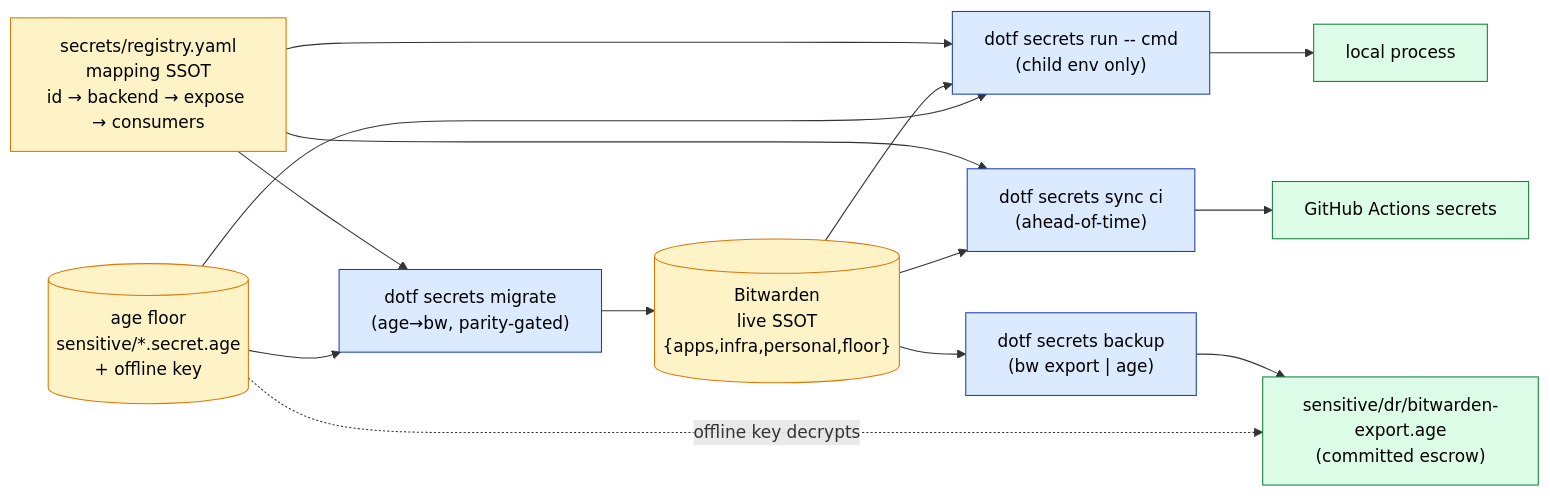
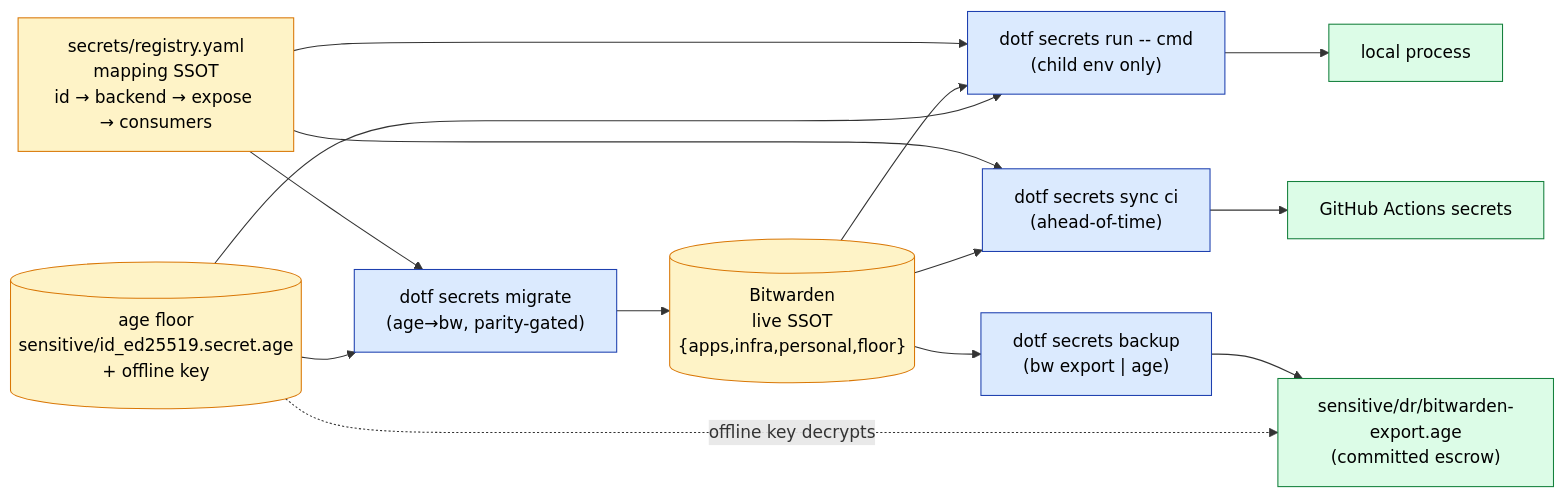
One commit to mlorentedev/dotfiles changed the diagram in docs/runbooks/guide-secrets-governance.md. Above: the diagram before and after it, drawn with Mermaid. The commit also changed other lines of this file and 10 other files, not shown here.

````diff
--- a/docs/runbooks/guide-secrets-governance.md
+++ b/docs/runbooks/guide-secrets-governance.md
@@ -16,27 +16,27 @@
 ```mermaid
 flowchart LR
     classDef store fill:#fef3c7,stroke:#d97706,color:#000
     classDef cmd fill:#dbeafe,stroke:#1e40af,color:#000
     classDef target fill:#dcfce7,stroke:#15803d,color:#000
 
     BW[("Bitwarden<br/>live SSOT<br/>{apps,infra,personal,floor}")]:::store
-    AGE[("age floor<br/>sensitive/*.secret.age<br/>+ offline key")]:::store
+    AGE[("age floor<br/>sensitive/id_ed25519.secret.age<br/>+ offline key")]:::store
     REG["secrets/registry.yaml<br/>mapping SSOT<br/>id → backend → expose → consumers"]:::store
 
     RUN["dotf secrets run -- cmd<br/>(child env only)"]:::cmd
     SYNC["dotf secrets sync ci<br/>(ahead-of-time)"]:::cmd
     MIG["dotf secrets migrate<br/>(age→bw, parity-gated)"]:::cmd
     BAK["dotf secrets backup<br/>(bw export | age)"]:::cmd
 
     LOCAL["local process"]:::target
     CI["GitHub Actions secrets"]:::target
     DR["sensitive/dr/bitwarden-export.age<br/>(committed escrow)"]:::target
 
     REG --> RUN & SYNC & MIG
     BW --> RUN --> LOCAL
     AGE --> RUN
     BW --> SYNC --> CI
     AGE --> MIG --> BW
     BW --> BAK --> DR
     AGE -. "offline key decrypts" .-> DR
 ```
````
